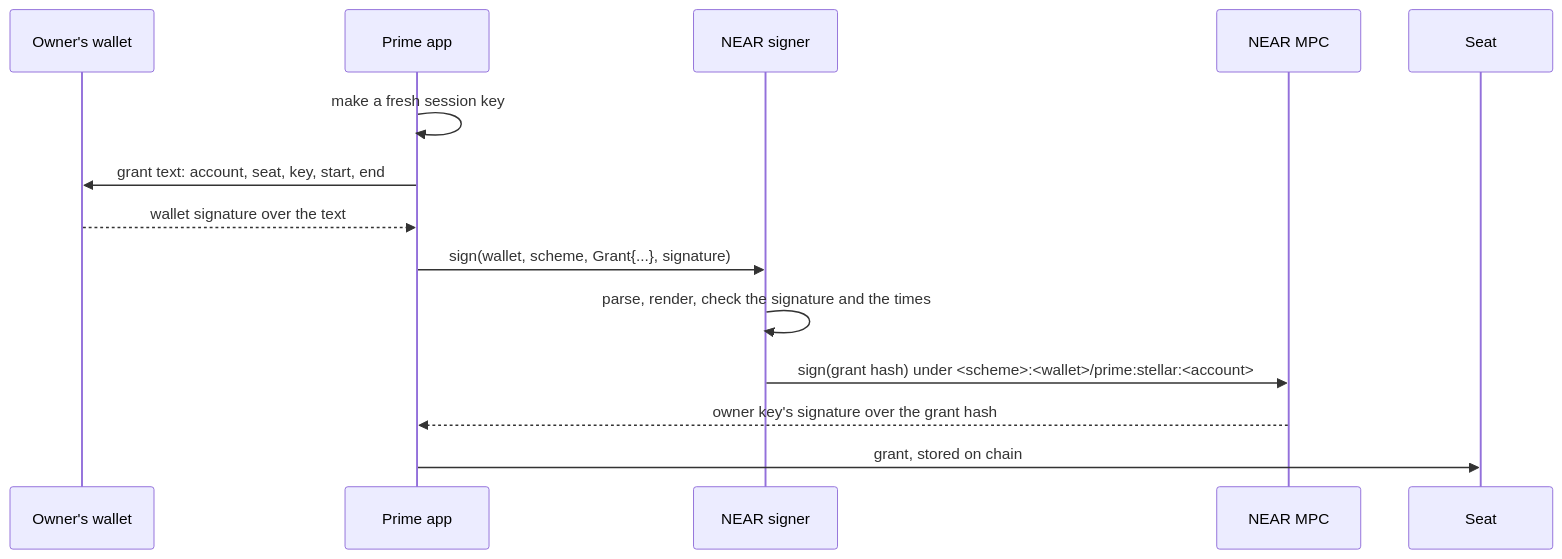
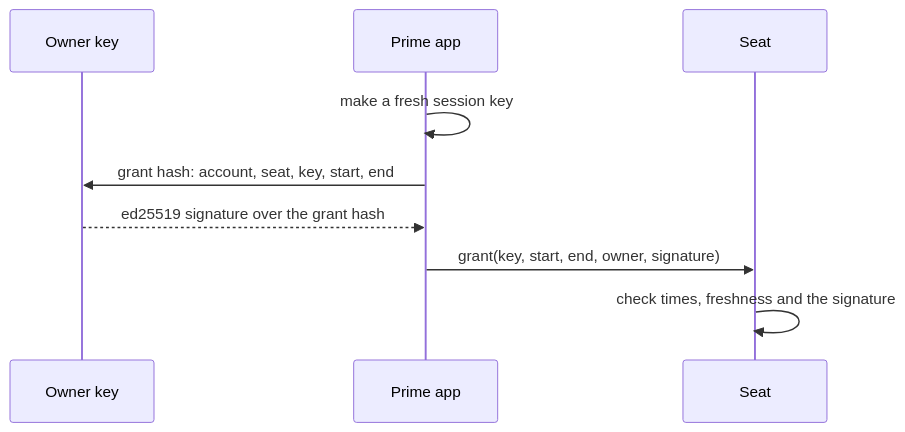
Before and after one commit to untangledfinance/oz-policy-builder: the fifth of 6 diagrams in docs/architecture.md, drawn with Mermaid. The commit also changed other lines of this file and 15 other files, not shown here.

````diff
--- a/docs/architecture.md
+++ b/docs/architecture.md
@@ -210,16 +189,11 @@
 ```mermaid
 sequenceDiagram
-  participant W as Owner's wallet
+  participant O as Owner key
   participant A as Prime app
-  participant V as NEAR signer
-  participant M as NEAR MPC
   participant S as Seat
   A->>A: make a fresh session key
-  A->>W: grant text: account, seat, key, start, end
-  W-->>A: wallet signature over the text
-  A->>V: sign(wallet, scheme, Grant{...}, signature)
-  V->>V: parse, render, check the signature and the times
-  V->>M: sign(grant hash) under <scheme>:<wallet>/prime:stellar:<account>
-  M-->>A: owner key's signature over the grant hash
-  A->>S: grant, stored on chain
+  A->>O: grant hash: account, seat, key, start, end
+  O-->>A: ed25519 signature over the grant hash
+  A->>S: grant(key, start, end, owner, signature)
+  S->>S: check times, freshness and the signature
 ```
````
